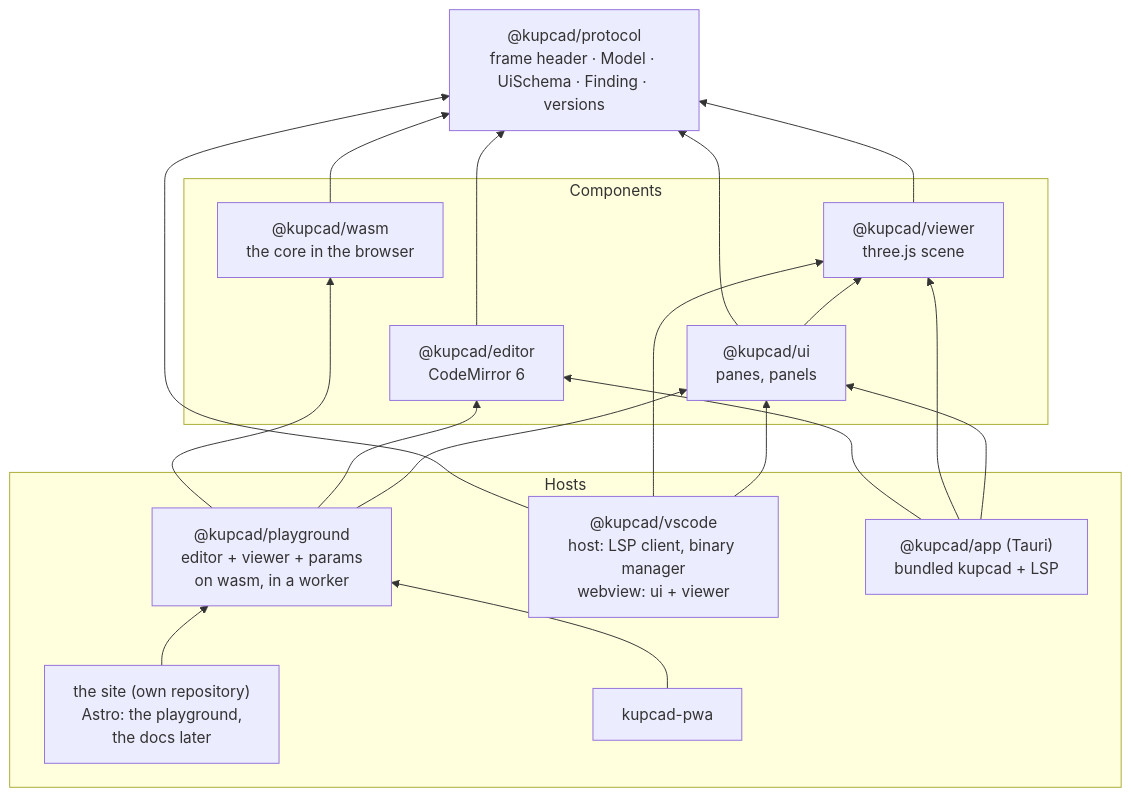
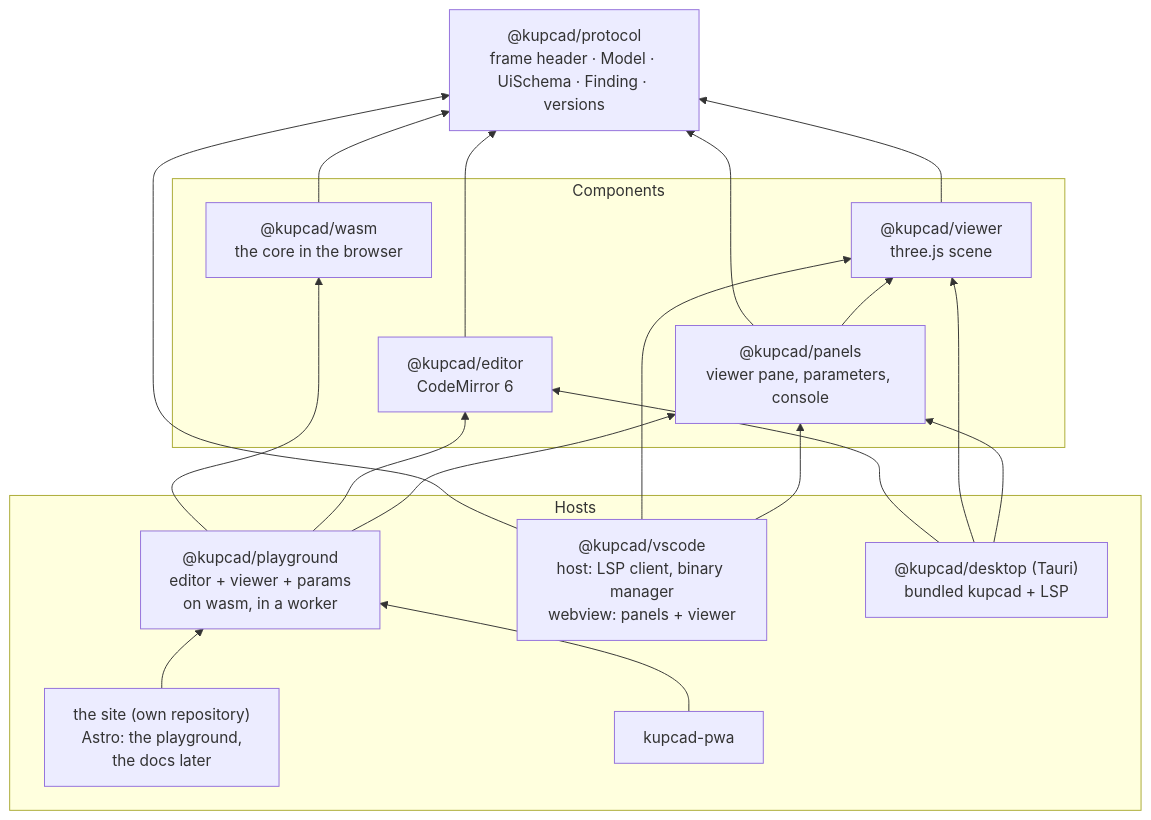
One commit to kupcad/kupcad changed the diagram in packages/architecture.md. Above: the diagram before and after it, drawn with Mermaid. The commit also changed other lines of this file and 112 other files, not shown here.

````diff
--- a/packages/architecture.md
+++ b/packages/architecture.md
@@ -11,36 +11,36 @@
 ```mermaid
 flowchart BT
     protocol["@kupcad/protocol<br/>frame header · Model · UiSchema · Finding · versions"]
 
     subgraph components ["Components"]
         wasm["@kupcad/wasm<br/>the core in the browser"]
         viewer["@kupcad/viewer<br/>three.js scene"]
-        ui["@kupcad/ui<br/>panes, panels"]
+        panels["@kupcad/panels<br/>viewer pane, parameters, console"]
         editor["@kupcad/editor<br/>CodeMirror 6"]
     end
 
     subgraph hosts ["Hosts"]
         playground["@kupcad/playground<br/>editor + viewer + params<br/>on wasm, in a worker"]
-        vscode["@kupcad/vscode<br/>host: LSP client, binary manager<br/>webview: ui + viewer"]
-        app["@kupcad/app (Tauri)<br/>bundled kupcad + LSP"]
+        vscode["@kupcad/vscode<br/>host: LSP client, binary manager<br/>webview: panels + viewer"]
+        desktop["@kupcad/desktop (Tauri)<br/>bundled kupcad + LSP"]
         docs["the site (own repository)<br/>Astro: the playground,<br/>the docs later"]
         pwa["kupcad-pwa"]
     end
 
     wasm --> protocol
     viewer --> protocol
-    ui --> protocol
-    ui --> viewer
+    panels --> protocol
+    panels --> viewer
     editor --> protocol
     playground --> wasm
     playground --> editor
-    playground --> ui
+    playground --> panels
     vscode --> protocol
     vscode --> viewer
-    vscode --> ui
-    app --> editor
-    app --> viewer
-    app --> ui
+    vscode --> panels
+    desktop --> editor
+    desktop --> viewer
+    desktop --> panels
     docs --> playground
     pwa --> playground
 ```
````
